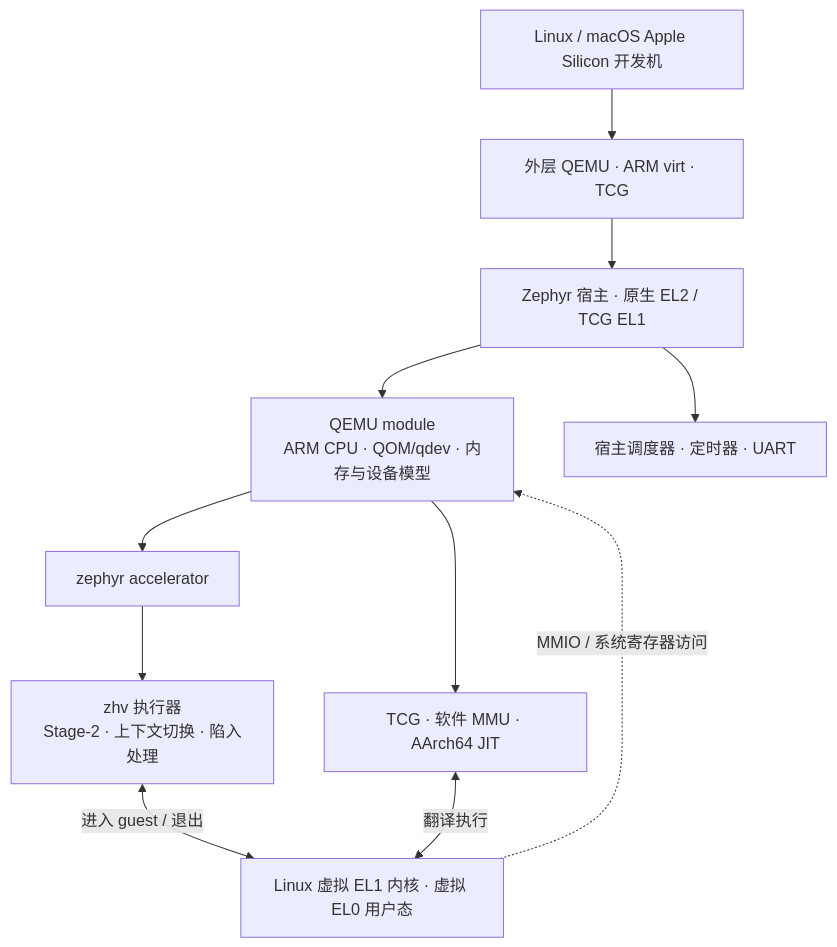
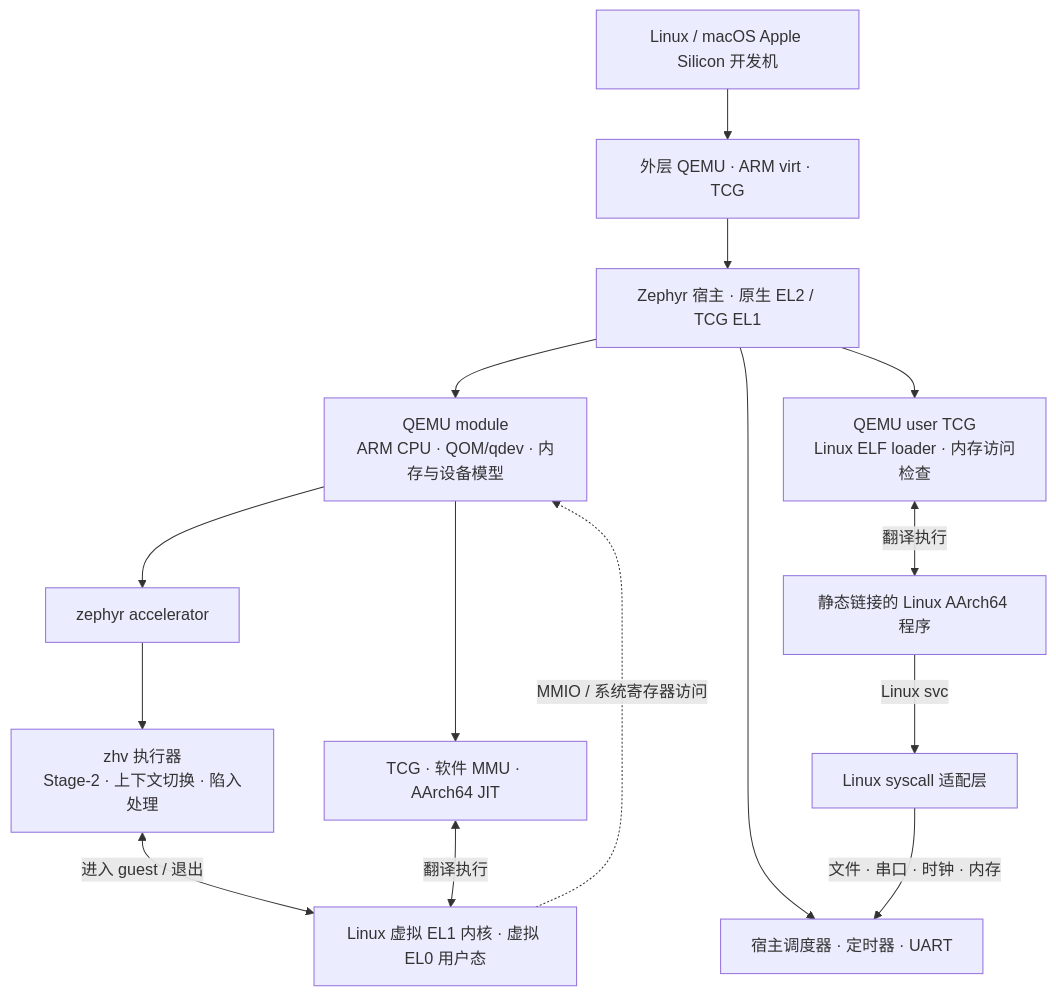
Before and after one commit to processmission/qemu-on-zephyr: the diagram in README.zh-CN.md, drawn with Mermaid. The commit also changed other lines of this file and 1 other file, not shown here.

First line of the commit message:
docs: cover system and user launches in both READMEs

````diff
--- a/README.zh-CN.md
+++ b/README.zh-CN.md
@@ -109,13 +288,17 @@
 ```mermaid
 flowchart TB
     host["Linux / macOS Apple Silicon 开发机"] --> outer["外层 QEMU · ARM virt · TCG"]
     outer --> zephyr["Zephyr 宿主 · 原生 EL2 / TCG EL1"]
     zephyr --> models["QEMU module<br/>ARM CPU · QOM/qdev · 内存与设备模型"]
     models --> accel["zephyr accelerator"]
     models --> tcg["TCG · 软件 MMU · AArch64 JIT"]
     accel --> executor["zhv 执行器<br/>Stage-2 · 上下文切换 · 陷入处理"]
     executor <-->|"进入 guest / 退出"| guest["Linux 虚拟 EL1 内核 · 虚拟 EL0 用户态"]
     tcg <-->|"翻译执行"| guest
     guest -.->|"MMIO / 系统寄存器访问"| models
     zephyr --> scheduler["宿主调度器 · 定时器 · UART"]
+    zephyr --> user_tcg["QEMU user TCG<br/>Linux ELF loader · 内存访问检查"]
+    user_tcg <-->|"翻译执行"| process["静态链接的 Linux AArch64 程序"]
+    process -->|"Linux svc"| syscalls["Linux syscall 适配层"]
+    syscalls -->|"文件 · 串口 · 时钟 · 内存"| scheduler
 ```
````
